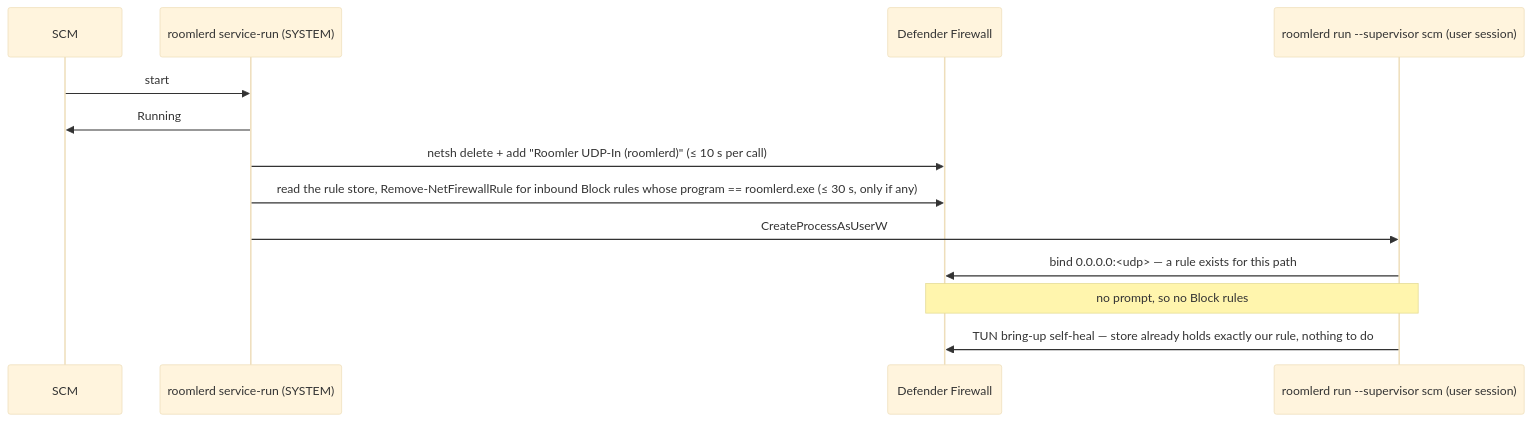
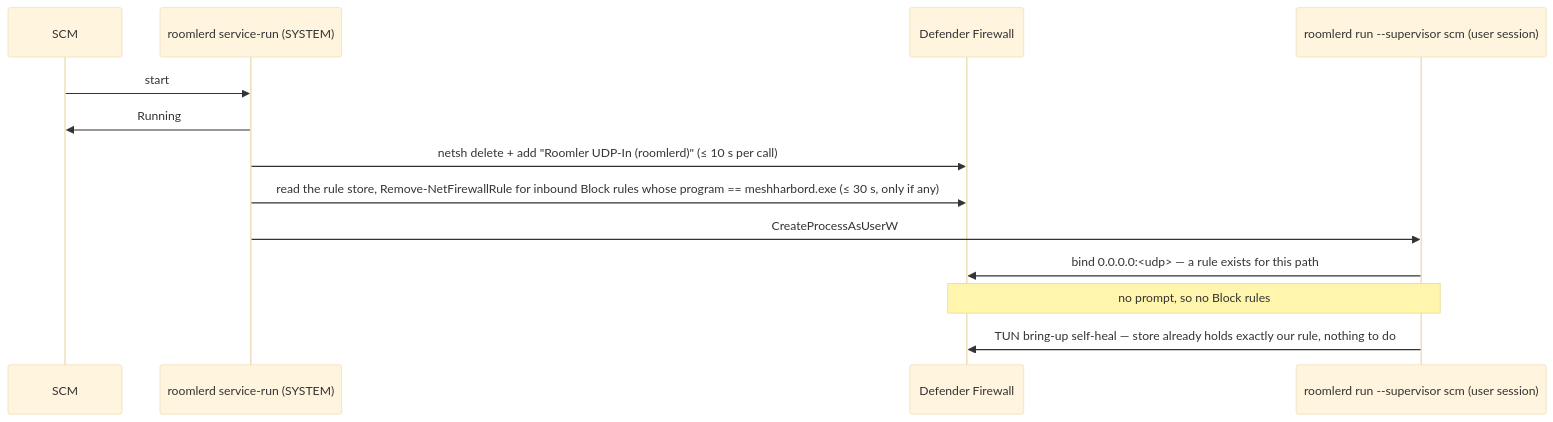
The diagram in docs/overlay-wfp.md (jk-zhang-meta/MeshHarbor), drawn with Mermaid (base theme) before and after one commit. The commit also changed other lines of this file and 160 other files, not shown here.

````diff
--- a/docs/overlay-wfp.md
+++ b/docs/overlay-wfp.md
@@ -140,15 +140,15 @@
 ```mermaid
 sequenceDiagram
     participant SCM
     participant Host as roomlerd service-run (SYSTEM)
     participant FW as Defender Firewall
     participant Worker as roomlerd run --supervisor scm (user session)
     SCM->>Host: start
     Host->>SCM: Running
     Host->>FW: netsh delete + add "Roomler UDP-In (roomlerd)" (≤ 10 s per call)
-    Host->>FW: read the rule store, Remove-NetFirewallRule for inbound Block rules whose program == roomlerd.exe (≤ 30 s, only if any)
+    Host->>FW: read the rule store, Remove-NetFirewallRule for inbound Block rules whose program == meshharbord.exe (≤ 30 s, only if any)
     Host->>Worker: CreateProcessAsUserW
     Worker->>FW: bind 0.0.0.0:<udp> — a rule exists for this path
     Note over FW,Worker: no prompt, so no Block rules
     Worker->>FW: TUN bring-up self-heal — store already holds exactly our rule, nothing to do
 ```
````
